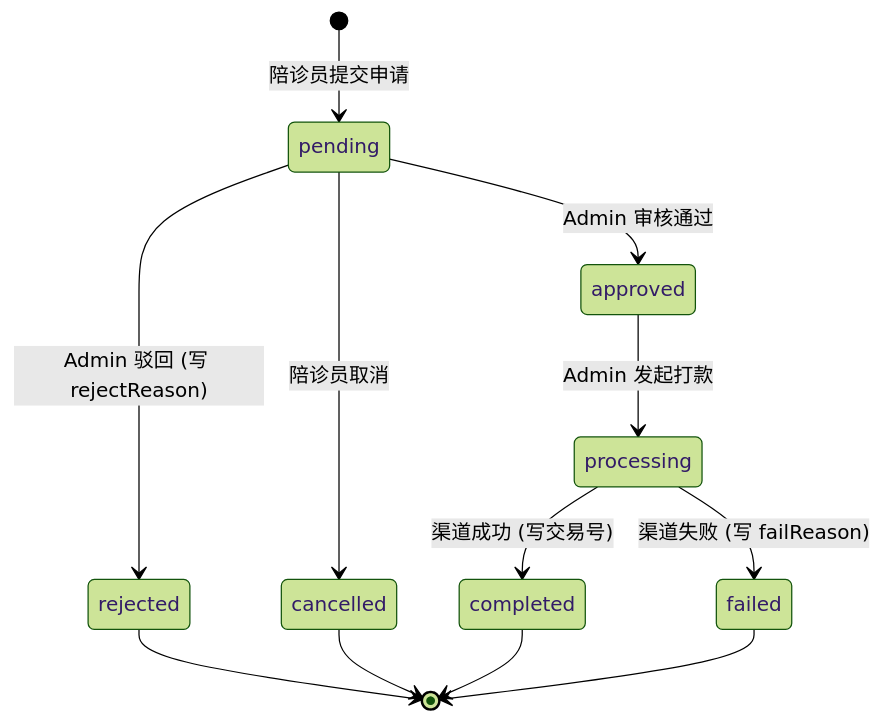
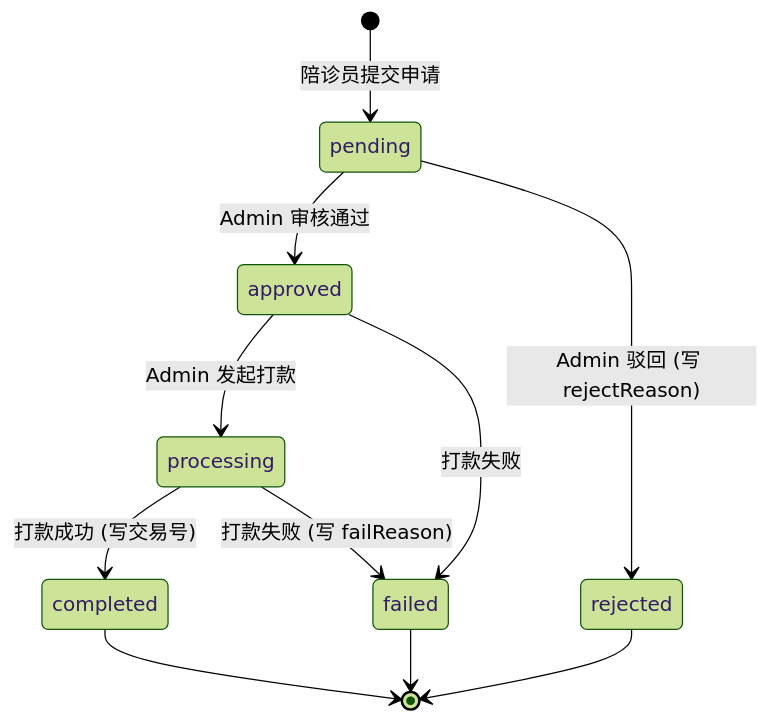
Before and after one commit to donhauser001/kekeling: the diagram in docs/资金安全提现体系/01-资金域总设计图.md, drawn with Mermaid (forest theme). The commit also changed other lines of this file and 34 other files, not shown here.

````diff
--- a/docs/资金安全提现体系/01-资金域总设计图.md
+++ b/docs/资金安全提现体系/01-资金域总设计图.md
@@ -192,14 +185,13 @@
 ```mermaid
 stateDiagram-v2
     [*] --> pending: 陪诊员提交申请
     pending --> approved: Admin 审核通过
     pending --> rejected: Admin 驳回 (写 rejectReason)
-    pending --> cancelled: 陪诊员取消
     approved --> processing: Admin 发起打款
-    processing --> completed: 渠道成功 (写交易号)
-    processing --> failed: 渠道失败 (写 failReason)
+    approved --> failed: 打款失败
+    processing --> completed: 打款成功 (写交易号)
+    processing --> failed: 打款失败 (写 failReason)
     rejected --> [*]
-    cancelled --> [*]
     completed --> [*]
     failed --> [*]
 ```
````
